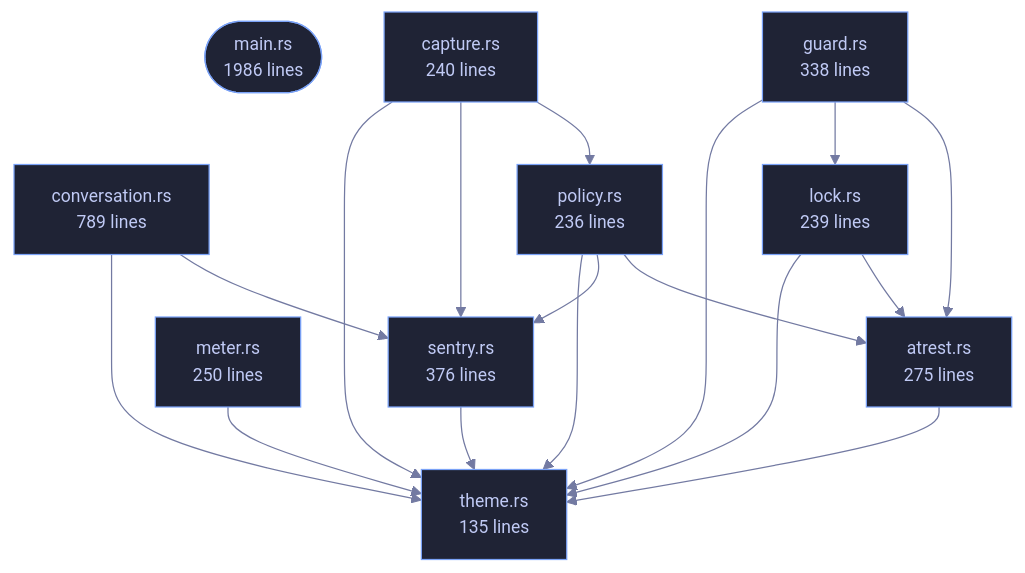
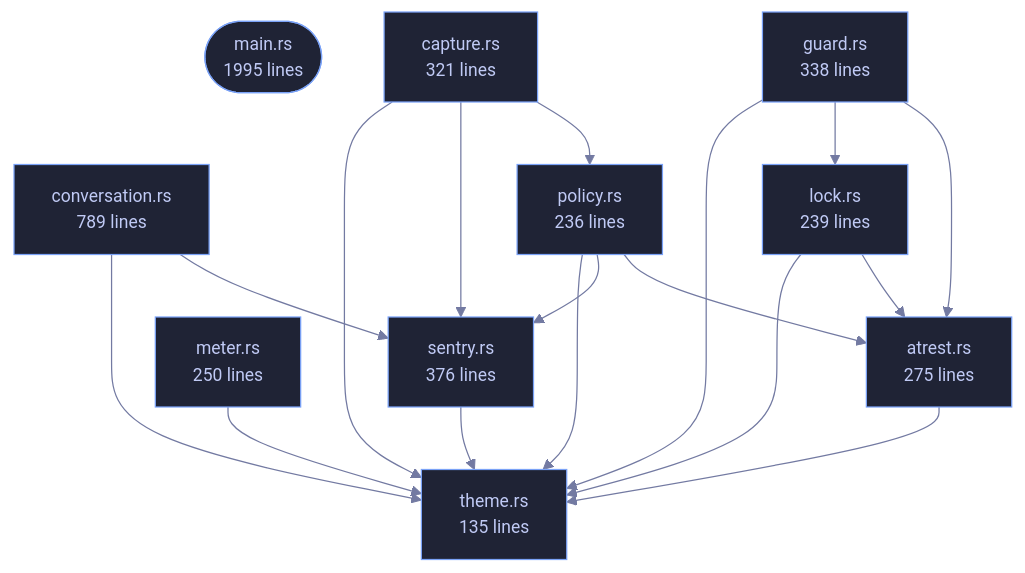
Before and after one commit to tilas01/veilvoice: the diagram in wiki/Crate-veilvoice-cli.md, drawn with Mermaid. The commit also changed other lines of this file and 37 other files, not shown here.

````diff
--- a/wiki/Crate-veilvoice-cli.md
+++ b/wiki/Crate-veilvoice-cli.md
@@ -97,40 +97,40 @@
 ```mermaid
 %%{init: {"theme":"base","themeVariables":{"background":"#1a1b26","primaryColor":"#1f2335","primaryTextColor":"#c0caf5","primaryBorderColor":"#7aa2f7","secondaryColor":"#16161e","tertiaryColor":"#16161e","lineColor":"#737aa2","textColor":"#c0caf5","mainBkg":"#1f2335","nodeBorder":"#7aa2f7","clusterBkg":"#16161e","clusterBorder":"#2f3549","fontFamily":"ui-monospace, SFMono-Regular, Consolas, monospace","fontSize":"14px"}}}%%
 flowchart TD
-    n_main(["main.rs<br/>1986 lines"])
+    n_main(["main.rs<br/>1995 lines"])
     n_atrest["atrest.rs<br/>275 lines"]
-    n_capture["capture.rs<br/>240 lines"]
+    n_capture["capture.rs<br/>321 lines"]
     n_conversation["conversation.rs<br/>789 lines"]
     n_guard["guard.rs<br/>338 lines"]
     n_lock["lock.rs<br/>239 lines"]
     n_meter["meter.rs<br/>250 lines"]
     n_policy["policy.rs<br/>236 lines"]
     n_sentry["sentry.rs<br/>376 lines"]
     n_theme["theme.rs<br/>135 lines"]
     n_atrest --> n_theme
     n_capture --> n_policy
     n_capture --> n_sentry
     n_capture --> n_theme
     n_conversation --> n_sentry
     n_conversation --> n_theme
     n_guard --> n_atrest
     n_guard --> n_lock
     n_guard --> n_theme
     n_lock --> n_atrest
     n_lock --> n_theme
     n_meter --> n_theme
     n_policy --> n_atrest
     n_policy --> n_sentry
     n_policy --> n_theme
     n_sentry --> n_theme
     click n_main href "https://github.com/tilas01/veilvoice/blob/main/crates/veilvoice-cli/src/main.rs" "open the source"
     click n_atrest href "https://github.com/tilas01/veilvoice/blob/main/crates/veilvoice-cli/src/atrest.rs" "open the source"
     click n_capture href "https://github.com/tilas01/veilvoice/blob/main/crates/veilvoice-cli/src/capture.rs" "open the source"
     click n_conversation href "https://github.com/tilas01/veilvoice/blob/main/crates/veilvoice-cli/src/conversation.rs" "open the source"
     click n_guard href "https://github.com/tilas01/veilvoice/blob/main/crates/veilvoice-cli/src/guard.rs" "open the source"
     click n_lock href "https://github.com/tilas01/veilvoice/blob/main/crates/veilvoice-cli/src/lock.rs" "open the source"
     click n_meter href "https://github.com/tilas01/veilvoice/blob/main/crates/veilvoice-cli/src/meter.rs" "open the source"
     click n_policy href "https://github.com/tilas01/veilvoice/blob/main/crates/veilvoice-cli/src/policy.rs" "open the source"
     click n_sentry href "https://github.com/tilas01/veilvoice/blob/main/crates/veilvoice-cli/src/sentry.rs" "open the source"
     click n_theme href "https://github.com/tilas01/veilvoice/blob/main/crates/veilvoice-cli/src/theme.rs" "open the source"
 ```
````
